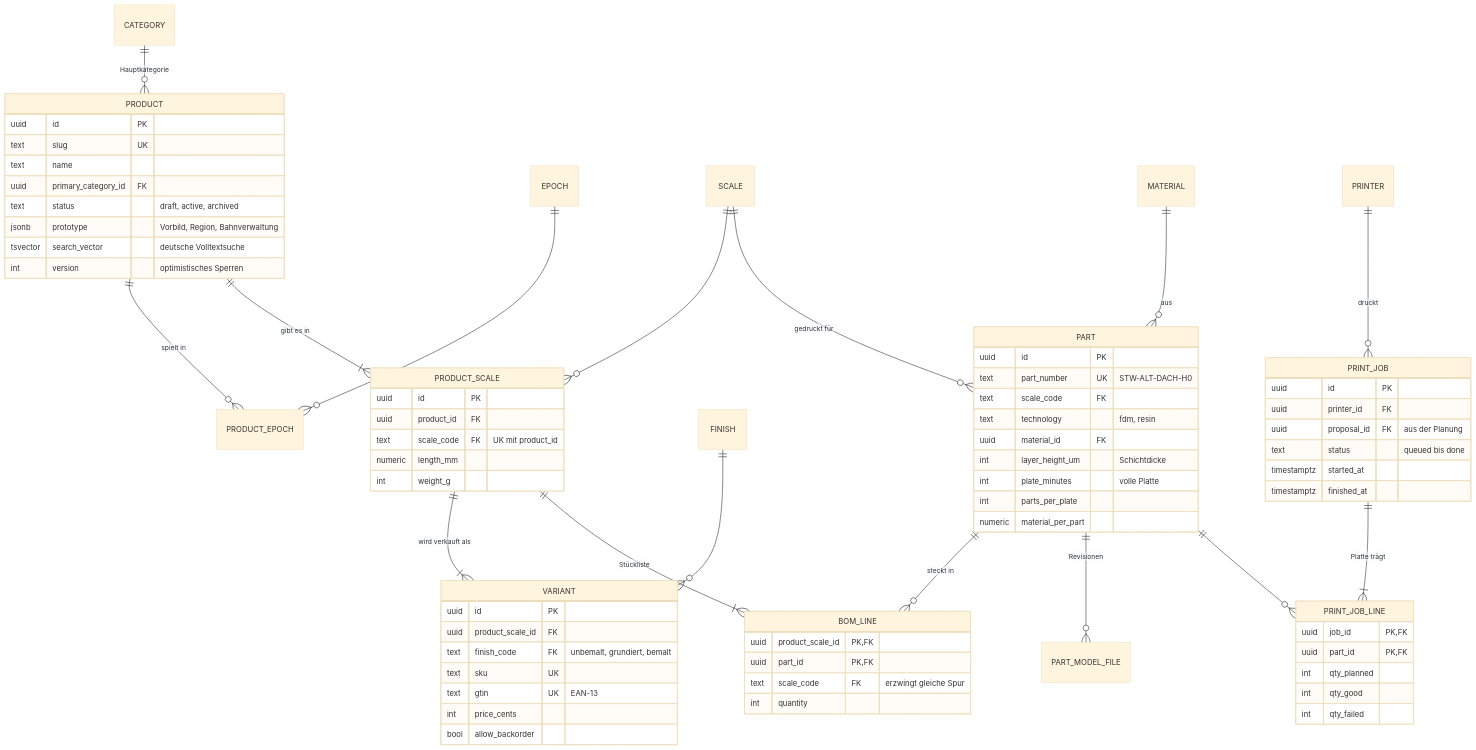
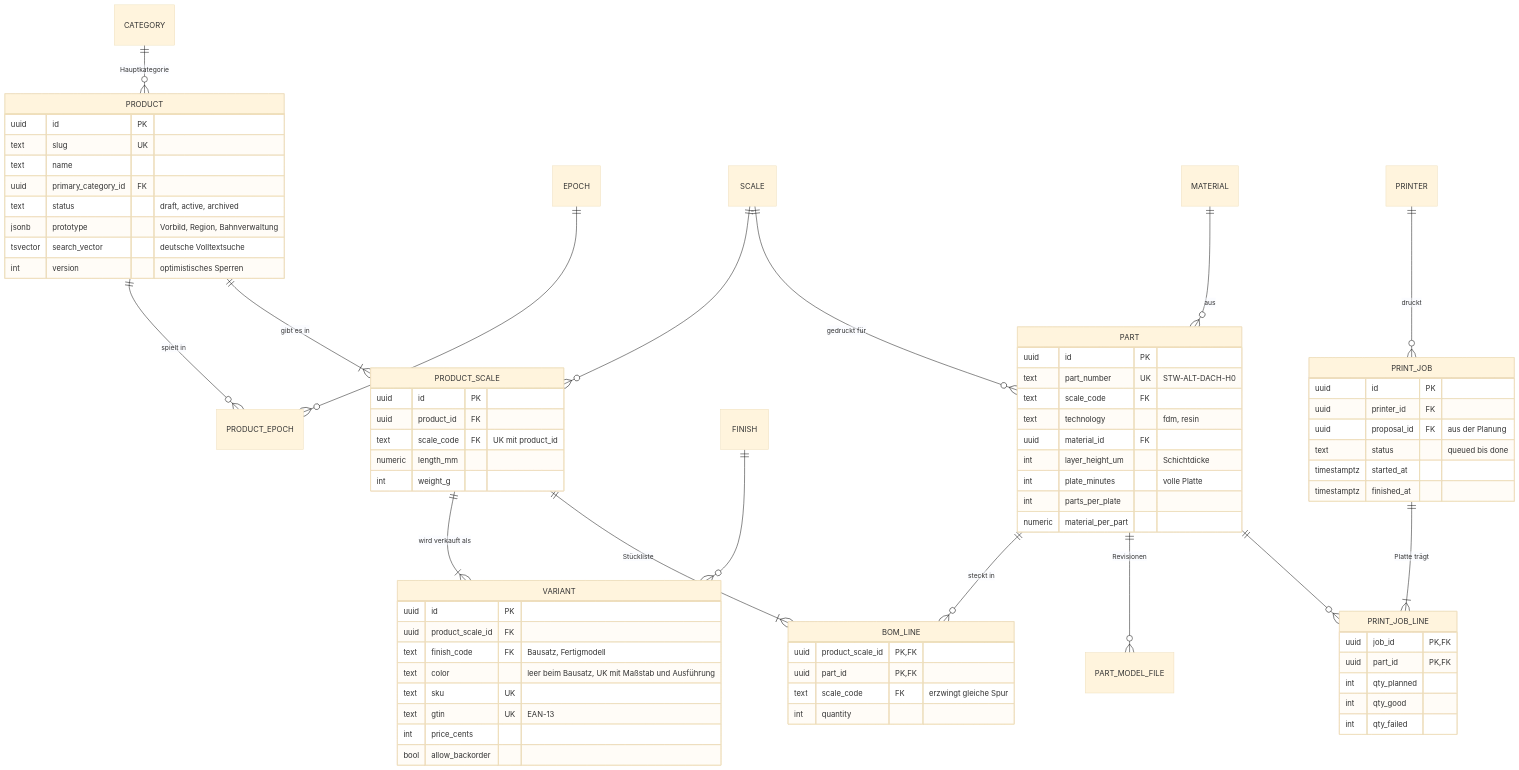
One commit to nelebolsewig-droid/modellbahn-shop changed the third of 8 diagrams in docs/KONZEPT.md. Above: the diagram before and after it, drawn with Mermaid (base theme). The commit also changed other lines of this file and 73 other files, not shown here.

First line of the commit message:
Katalog: Bausatz und Fertigmodell in Farben, Schnellerfassung, Startbestand (#7)

````diff
--- a/docs/KONZEPT.md
+++ b/docs/KONZEPT.md
@@ -393,77 +395,78 @@
 ```mermaid
 erDiagram
     CATEGORY ||--o{ PRODUCT : "Hauptkategorie"
     PRODUCT ||--o{ PRODUCT_EPOCH : "spielt in"
     EPOCH ||--o{ PRODUCT_EPOCH : ""
     PRODUCT ||--|{ PRODUCT_SCALE : "gibt es in"
     SCALE ||--o{ PRODUCT_SCALE : ""
     PRODUCT_SCALE ||--|{ VARIANT : "wird verkauft als"
     FINISH ||--o{ VARIANT : ""
     PRODUCT_SCALE ||--|{ BOM_LINE : "Stückliste"
     PART ||--o{ BOM_LINE : "steckt in"
     SCALE ||--o{ PART : "gedruckt für"
     MATERIAL ||--o{ PART : "aus"
     PART ||--o{ PART_MODEL_FILE : "Revisionen"
     PRINTER ||--o{ PRINT_JOB : "druckt"
     PRINT_JOB ||--|{ PRINT_JOB_LINE : "Platte trägt"
     PART ||--o{ PRINT_JOB_LINE : ""
 
     PRODUCT {
         uuid id PK
         text slug UK
         text name
         uuid primary_category_id FK
         text status "draft, active, archived"
         jsonb prototype "Vorbild, Region, Bahnverwaltung"
         tsvector search_vector "deutsche Volltextsuche"
         int version "optimistisches Sperren"
     }
     PRODUCT_SCALE {
         uuid id PK
         uuid product_id FK
         text scale_code FK "UK mit product_id"
         numeric length_mm
         int weight_g
     }
     VARIANT {
         uuid id PK
         uuid product_scale_id FK
-        text finish_code FK "unbemalt, grundiert, bemalt"
+        text finish_code FK "Bausatz, Fertigmodell"
+        text color "leer beim Bausatz, UK mit Maßstab und Ausführung"
         text sku UK
         text gtin UK "EAN-13"
         int price_cents
         bool allow_backorder
     }
     PART {
         uuid id PK
         text part_number UK "STW-ALT-DACH-H0"
         text scale_code FK
         text technology "fdm, resin"
         uuid material_id FK
         int layer_height_um "Schichtdicke"
         int plate_minutes "volle Platte"
         int parts_per_plate
         numeric material_per_part
     }
     BOM_LINE {
         uuid product_scale_id PK, FK
         uuid part_id PK, FK
         text scale_code FK "erzwingt gleiche Spur"
         int quantity
     }
     PRINT_JOB {
         uuid id PK
         uuid printer_id FK
         uuid proposal_id FK "aus der Planung"
         text status "queued bis done"
         timestamptz started_at
         timestamptz finished_at
     }
     PRINT_JOB_LINE {
         uuid job_id PK, FK
         uuid part_id PK, FK
         int qty_planned
         int qty_good
         int qty_failed
     }
 ```
````
